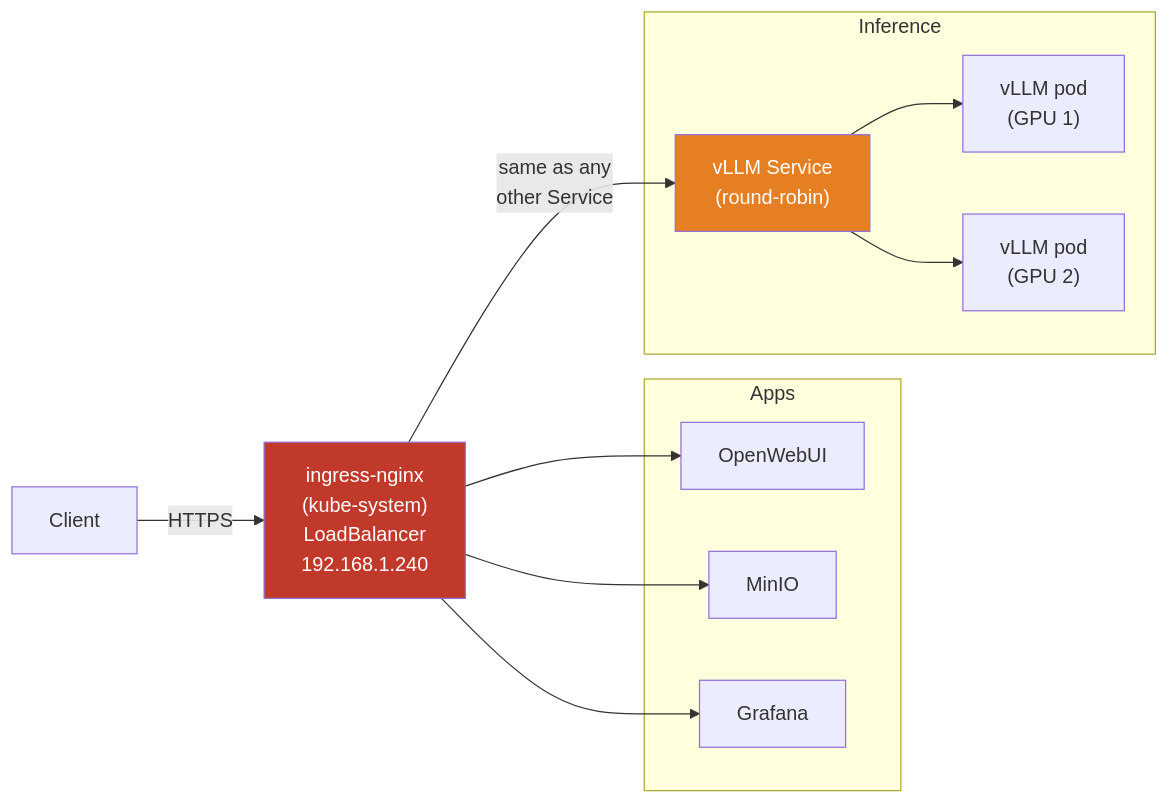
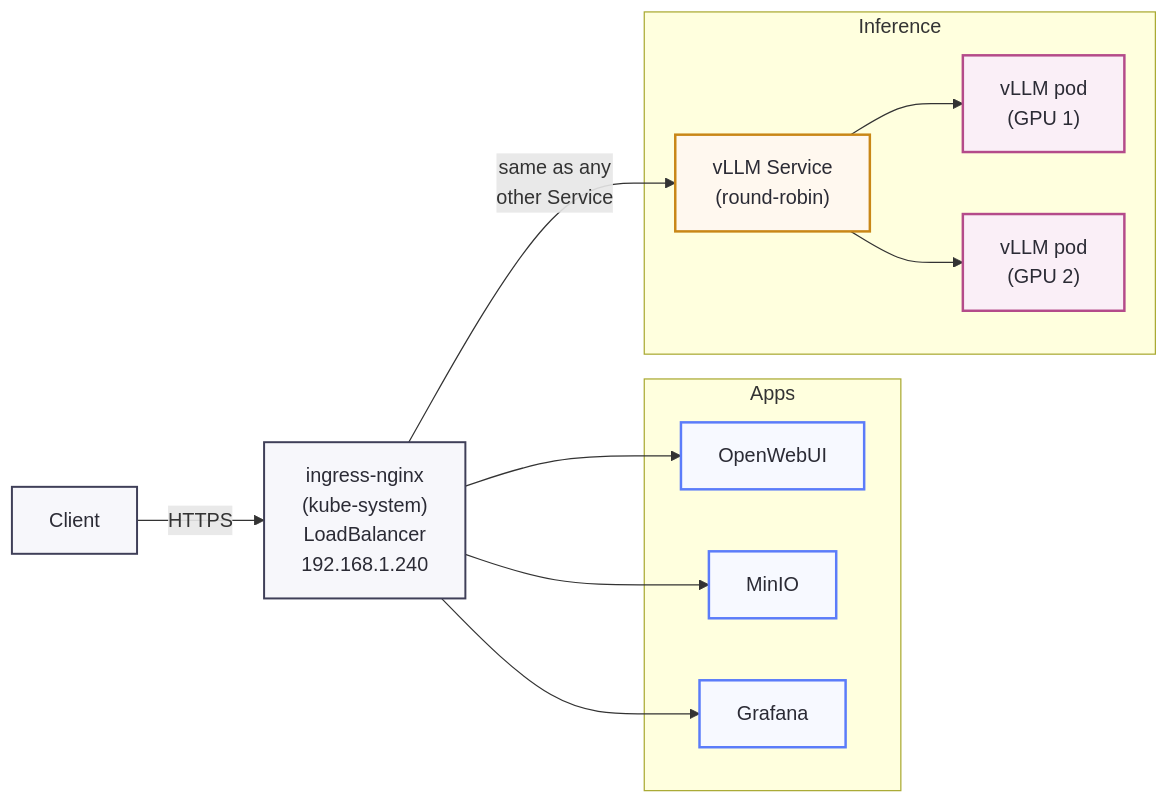
Before and after one commit to sonda-red/blog: the first of 3 diagrams in content/posts/07-intel-homelab-5.md, drawn with Mermaid. The commit also changed other lines of this file, not shown here.

Commit message:
fix: enhance mermaid diagram styles for better clarity and visual distinction in blog post on LLM routing and migration

```diff
--- a/content/posts/07-intel-homelab-5.md
+++ b/content/posts/07-intel-homelab-5.md
@@ -45,28 +45,38 @@
 {{< mermaid >}}
 flowchart LR
+
+    classDef node fill:#f7f7fb,stroke:#3f3f58,color:#2b2b35,stroke-width:1.6px
+    classDef blue fill:#f7f9ff,stroke:#5b7cfa,color:#2b2b35,stroke-width:2px
+    classDef orange fill:#fff8ef,stroke:#c98717,color:#2b2b35,stroke-width:2px
+    classDef purple fill:#f4efff,stroke:#7b61ff,color:#2b2b35,stroke-width:2px
+    classDef pink fill:#faeff7,stroke:#b44b8a,color:#2b2b35,stroke-width:2px
+    classDef note fill:#ececf2,stroke:#c8cad6,color:#44475a,stroke-width:1.2px
+
     client["Client"]
     ingress["ingress-nginx\n(kube-system)\nLoadBalancer\n192.168.1.240"]
 
     subgraph apps["Apps"]
         owui["OpenWebUI"]
         minio["MinIO"]
         grafana["Grafana"]
     end
 
     subgraph inference["Inference"]
         svc["vLLM Service\n(round-robin)"]
         vllm1["vLLM pod\n(GPU 1)"]
         vllm2["vLLM pod\n(GPU 2)"]
     end
 
     client -->|HTTPS| ingress
     ingress --> owui
     ingress --> minio
     ingress --> grafana
     ingress -->|"same as any\nother Service"| svc
     svc --> vllm1
     svc --> vllm2
 
-    style ingress fill:#c0392b,color:#fff
-    style svc fill:#e67e22,color:#fff
+    class client,ingress node
+    class owui,minio,grafana blue
+    class svc orange
+    class vllm1,vllm2 pink
 {{< /mermaid >}}
```
